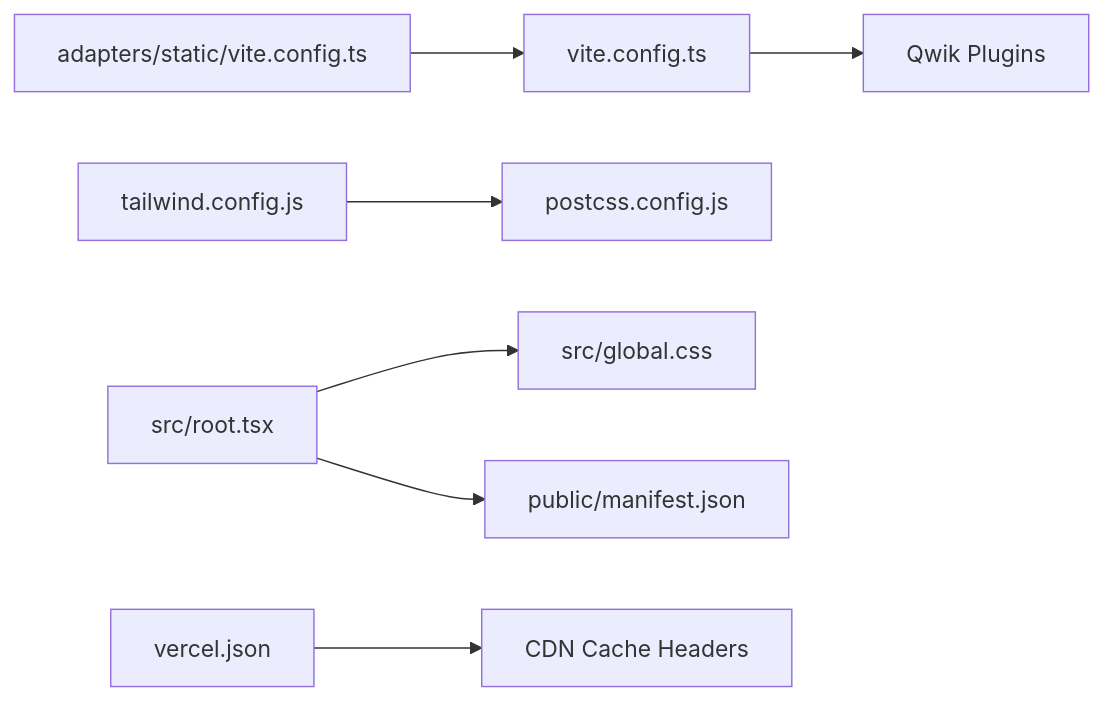
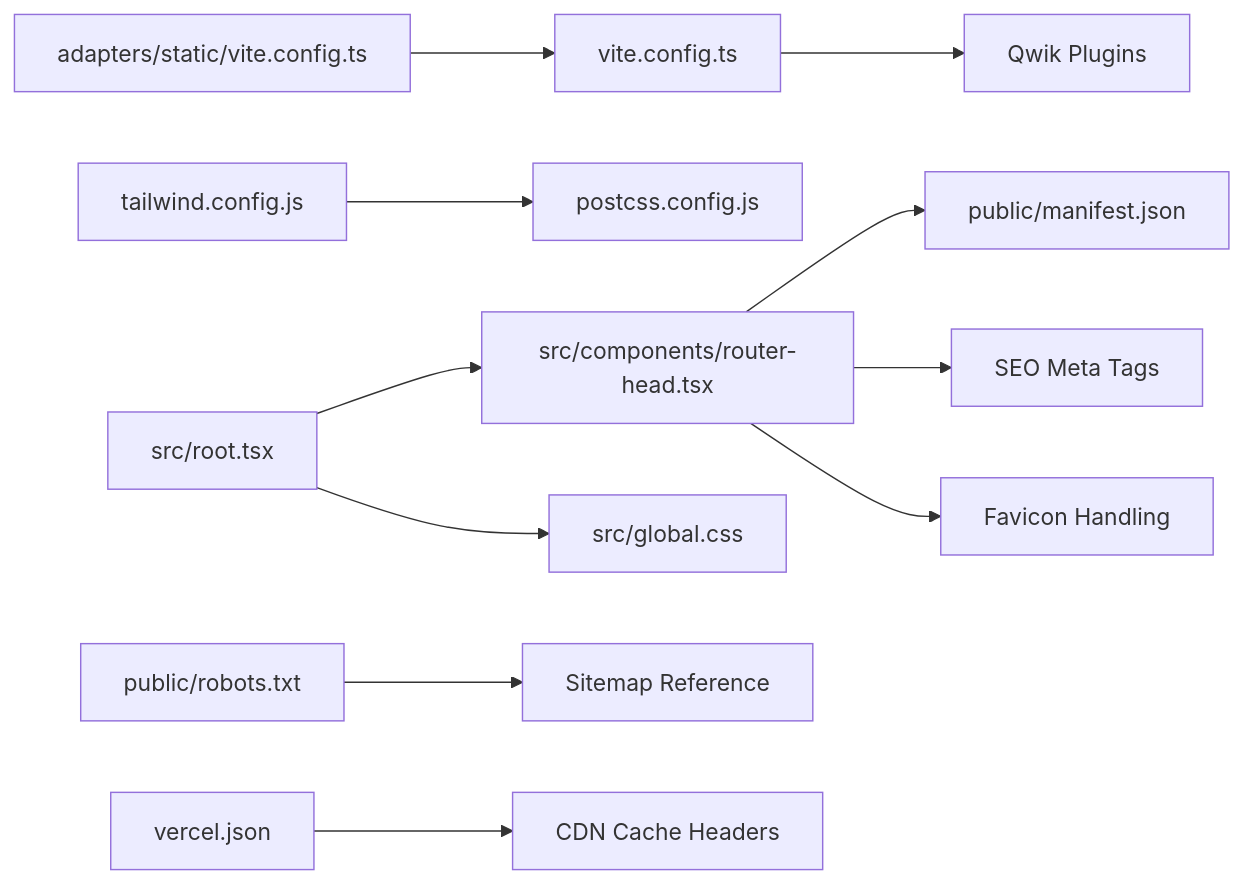
One commit to delirium-dj/modelcomp changed the sixth of 6 diagrams in .qoder/repowiki/en/content/Configuration & Customization.md. Above: the diagram before and after it, drawn with Mermaid. The commit also changed other lines of this file and 132 other files, not shown here.

````diff
--- a/.qoder/repowiki/en/content/Configuration & Customization.md
+++ b/.qoder/repowiki/en/content/Configuration & Customization.md
@@ -289,9 +370,13 @@
 ```mermaid
 graph LR
 ViteCfg["vite.config.ts"] --> QwikPlugins["Qwik Plugins"]
 StaticAdapter["adapters/static/vite.config.ts"] --> ViteCfg
 TailwindCfg["tailwind.config.js"] --> PostCSS["postcss.config.js"]
-RootTSX["src/root.tsx"] --> GlobalCSS["src/global.css"]
-RootTSX --> Manifest["public/manifest.json"]
+RootTSX["src/root.tsx"] --> RouterHead["src/components/router-head.tsx"]
+RootTSX --> GlobalCSS["src/global.css"]
+RouterHead --> Manifest["public/manifest.json"]
+RouterHead --> SEO["SEO Meta Tags"]
+RouterHead --> Favicon["Favicon Handling"]
+Robots["public/robots.txt"] --> Sitemap["Sitemap Reference"]
 VercelCfg["vercel.json"] --> Deploy["CDN Cache Headers"]
 ```
````
